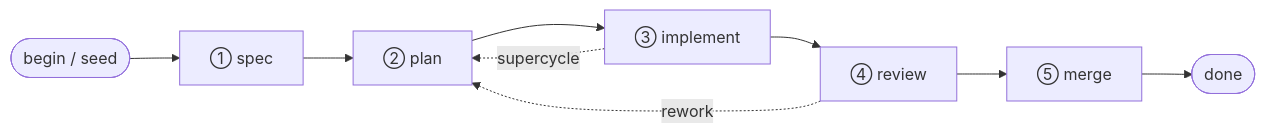
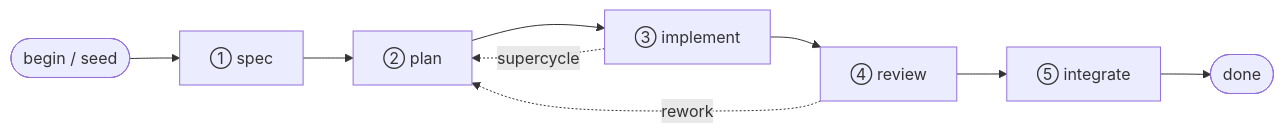
One commit to jpoimboe/imp changed the seventh of 12 diagrams in docs/architecture.md. Above: the diagram before and after it, drawn with Mermaid. The commit also changed other lines of this file, not shown here.

Commit message:
docs: rename Phase ⑤ merge → integrate in architecture.md
Change: eo5ehc

````diff
--- a/docs/architecture.md
+++ b/docs/architecture.md
@@ -128,11 +128,11 @@
 ```mermaid
 flowchart LR
   start([begin / seed]) --> SPEC["① spec"]
   SPEC --> PLAN["② plan"]
   PLAN --> IMPL["③ implement"]
   IMPL --> REVIEW["④ review"]
-  REVIEW --> MERGE["⑤ merge"]
-  MERGE --> done([done])
+  REVIEW --> INTG["⑤ integrate"]
+  INTG --> done([done])
   IMPL -. "supercycle" .-> PLAN
   REVIEW -. "rework" .-> PLAN
 ```
````
